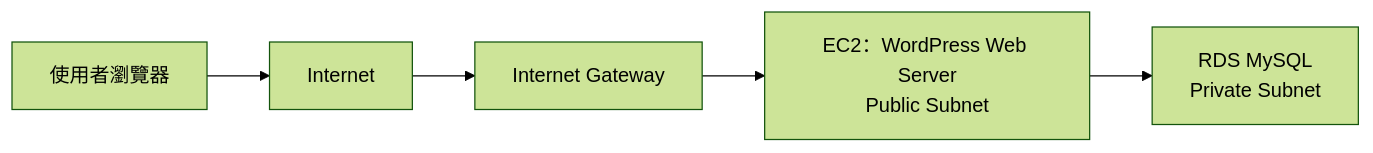
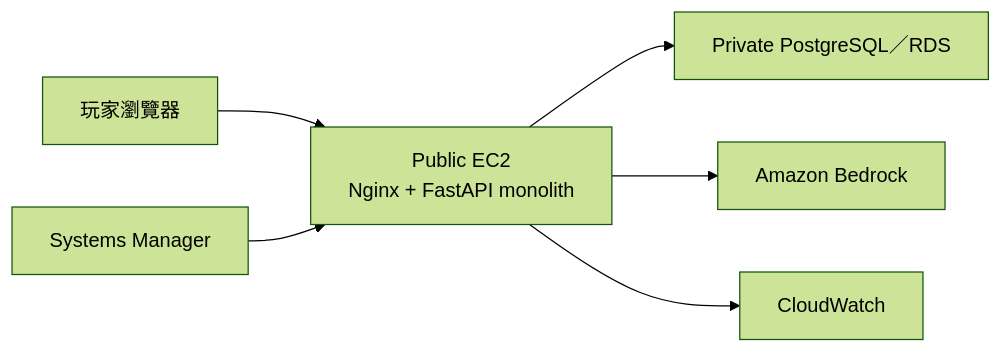
Before and after one commit to ChaoMing0815/AWS-cloud-lab: the first of 3 diagrams in docs/project-plan.md, drawn with Mermaid (forest theme). The commit also changed other lines of this file and 11 other files, not shown here.

Commit message:
docs(plan): align roadmap across tiers 0 through 5

````diff
--- a/docs/project-plan.md
+++ b/docs/project-plan.md
@@ -33,7 +43,8 @@
 ```mermaid
 flowchart LR
-    User["使用者瀏覽器"] --> Internet["Internet"]
-    Internet --> IGW["Internet Gateway"]
-    IGW --> Web["EC2：WordPress Web Server<br/>Public Subnet"]
-    Web --> RDS["RDS MySQL<br/>Private Subnet"]
+    User["玩家瀏覽器"] --> Web["Public EC2<br/>Nginx + FastAPI monolith"]
+    Web --> DB["Private PostgreSQL／RDS"]
+    Web --> Bedrock["Amazon Bedrock"]
+    Web --> CW["CloudWatch"]
+    SSM["Systems Manager"] --> Web
 ```
````
